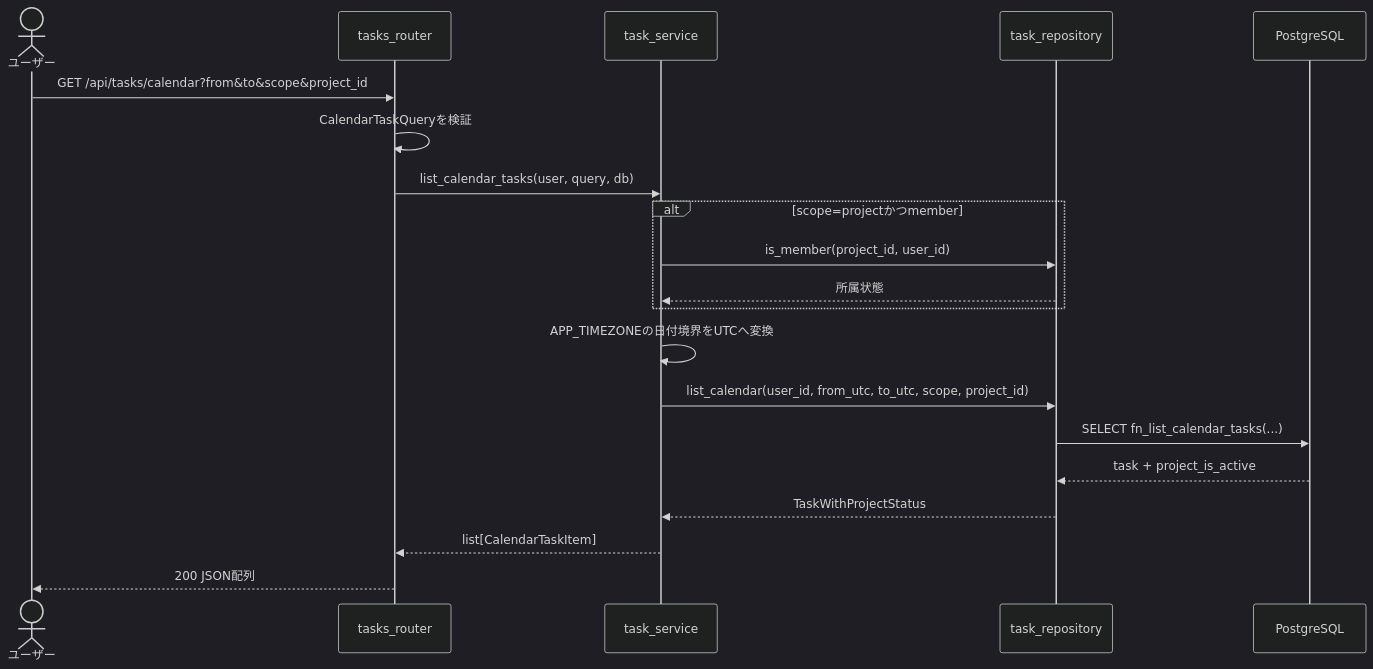
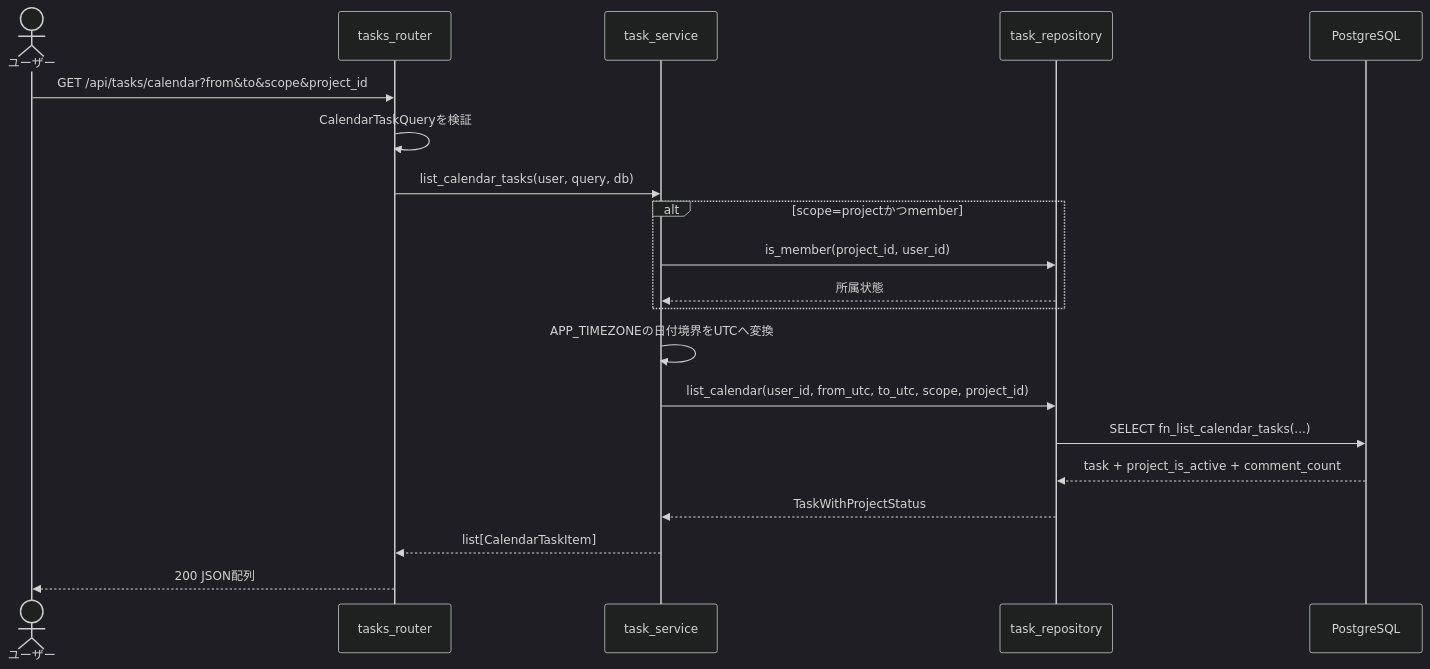
The first of 3 diagrams in docs/detailed_design/api/tasks/12_get_calendar_tasks.md (oikawa-d/task_management), drawn with Mermaid (dark theme) before and after one commit. The commit also changed other lines of this file and 75 other files, not shown here.

````diff
--- a/docs/detailed_design/api/tasks/12_get_calendar_tasks.md
+++ b/docs/detailed_design/api/tasks/12_get_calendar_tasks.md
@@ -46,23 +46,23 @@
 ```mermaid
 sequenceDiagram
     actor U as ユーザー
     participant R as tasks_router
     participant S as task_service
     participant P as task_repository
     participant DB as PostgreSQL
 
     U->>R: GET /api/tasks/calendar?from&to&scope&project_id
     R->>R: CalendarTaskQueryを検証
     R->>S: list_calendar_tasks(user, query, db)
     alt scope=projectかつmember
         S->>P: is_member(project_id, user_id)
         P-->>S: 所属状態
     end
     S->>S: APP_TIMEZONEの日付境界をUTCへ変換
     S->>P: list_calendar(user_id, from_utc, to_utc, scope, project_id)
     P->>DB: SELECT fn_list_calendar_tasks(...)
-    DB-->>P: task + project_is_active
+    DB-->>P: task + project_is_active + comment_count
     P-->>S: TaskWithProjectStatus
     S-->>R: list[CalendarTaskItem]
     R-->>U: 200 JSON配列
 ```
````
